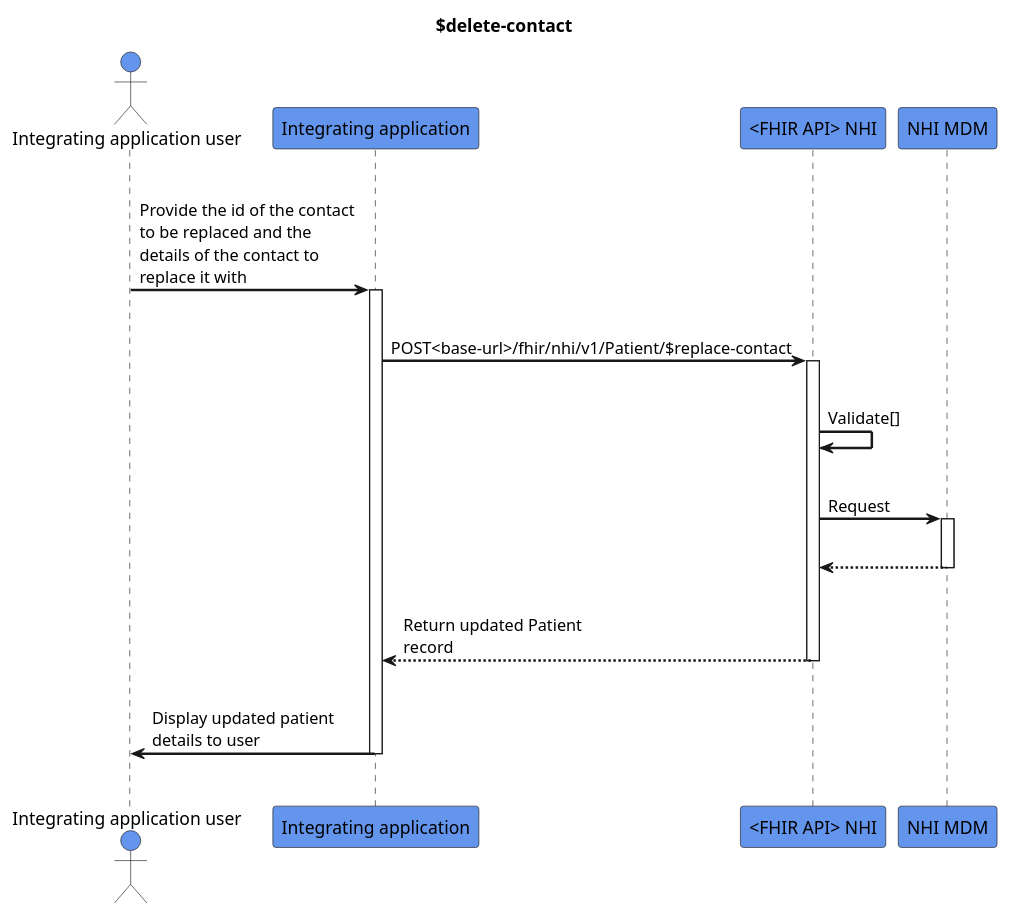
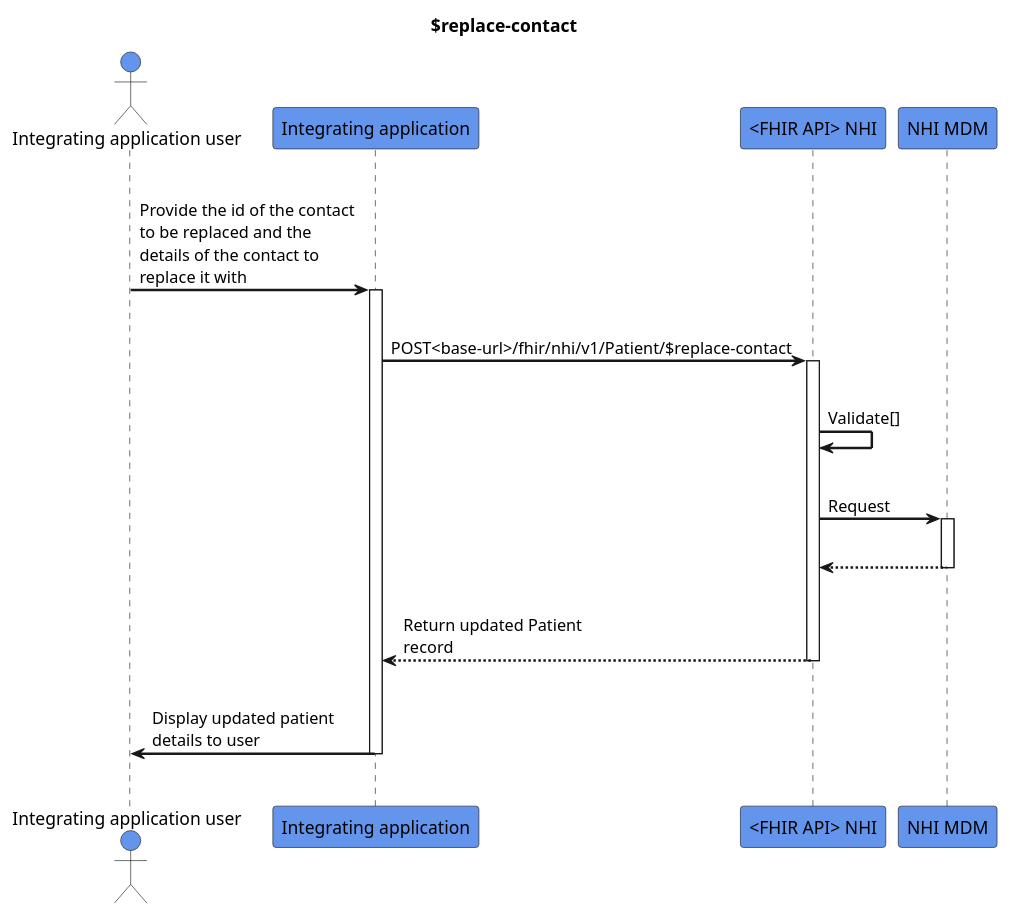
Before and after one commit to HL7NZ/nhi: the diagram in input/images-source/replace-contact.plantuml, drawn with PlantUML. The commit also changed 3 other files, not shown here.

```diff
--- a/input/images-source/replace-contact.plantuml
+++ b/input/images-source/replace-contact.plantuml
@@ -1,32 +1,32 @@
 @startuml
 skinparam sequenceArrowThickness 2
 skinparam roundcorner 5
 skinparam maxmessagesize 180
 skinparam sequenceParticipant bold
-title $delete-contact
+title $replace-contact
 actor "Integrating application user" as User #CornflowerBlue
 participant "Integrating application" as A #CornflowerBlue
 participant "<FHIR API> NHI" as B #CornflowerBlue
 participant "NHI MDM" as C #CornflowerBlue
 |||
 User -> A: Provide the id of the contact to be replaced and the details of the contact to replace it with
 activate A
 |||
 A -> B: POST<base-url>/fhir/nhi/v1/Patient/$replace-contact
 activate B
 |||
 B -> B: Validate[]
 |||
 B -> C: Request
 activate C
 |||
 C -[dashed]-> B
 deactivate C
 |||
 B -[dashed]-> A: Return updated Patient record
 deactivate B
 |||
 A -> User: Display updated patient details to user
 deactivate A
 |||
 @enduml
```
